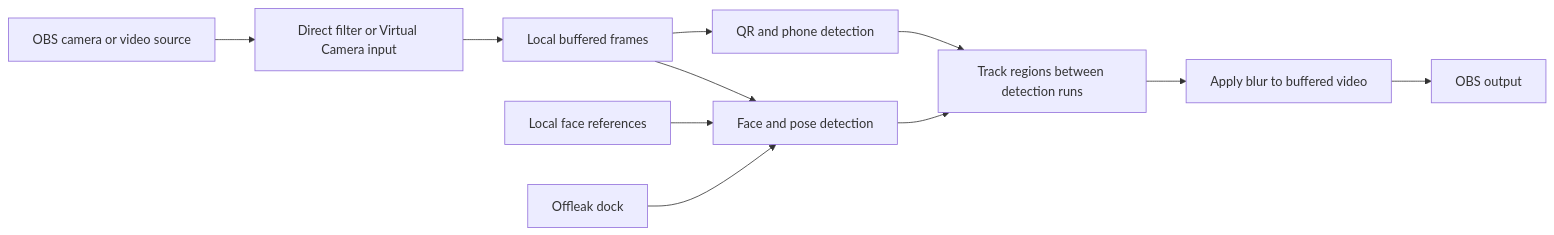
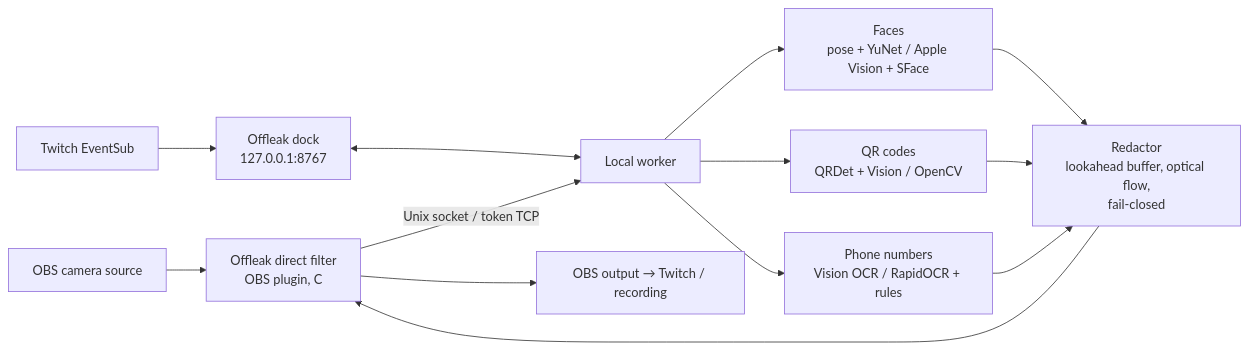
The diagram in README.md (azharizz/offleak), drawn with Mermaid before and after one commit. The commit also changed other lines of this file and 25 other files, not shown here.

````diff
--- a/README.md
+++ b/README.md
@@ -140,13 +152,15 @@
 ```mermaid
 flowchart LR
-    A[OBS camera or video source] --> B[Direct filter or Virtual Camera input]
-    B --> C[Local buffered frames]
-    C --> D[Face and pose detection]
-    C --> E[QR and phone detection]
-    D --> F[Track regions between detection runs]
-    E --> F
-    F --> G[Apply blur to buffered video]
-    G --> H[OBS output]
-    I[Local face references] --> D
-    J[Offleak dock] --> D
+    A[OBS camera source] --> B[Offleak direct filter<br/>OBS plugin, C]
+    B -- Unix socket / token TCP --> C[Local worker]
+    C --> D[Faces<br/>pose + YuNet / Apple Vision + SFace]
+    C --> E[QR codes<br/>QRDet + Vision / OpenCV]
+    C --> F[Phone numbers<br/>Vision OCR / RapidOCR + rules]
+    D --> G[Redactor<br/>lookahead buffer, optical flow,<br/>fail-closed]
+    E --> G
+    F --> G
+    G --> B
+    B --> H[OBS output → Twitch / recording]
+    I[Offleak dock<br/>127.0.0.1:8767] <--> C
+    J[Twitch EventSub] --> I
 ```
````
